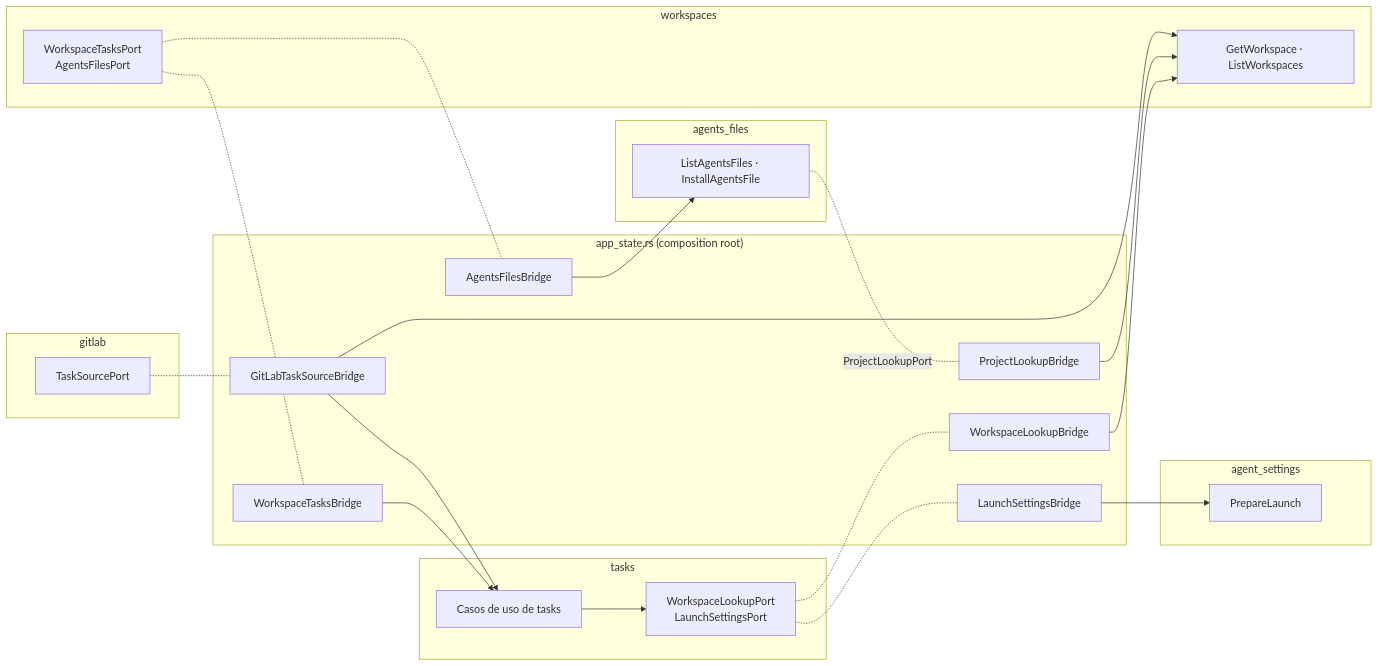
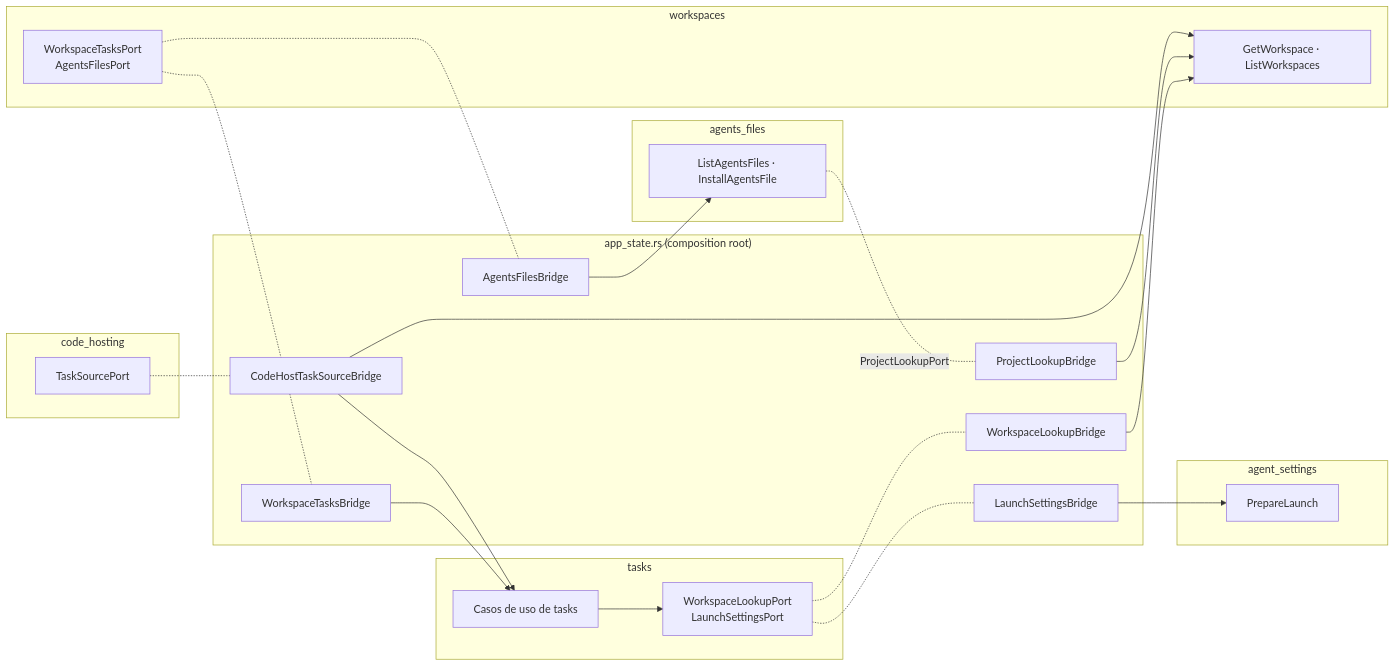
The sixth of 12 diagrams in ARCHITECTURE.md (plopezm/iworkflow), drawn with Mermaid before and after one commit. The commit also changed other lines of this file and 12 other files, not shown here.

Commit message:
feat(code-hosting): provider-aware settings cards, PR/MR panel vocabulary and docs

````diff
--- a/ARCHITECTURE.md
+++ b/ARCHITECTURE.md
@@ -356,34 +356,34 @@
 ```mermaid
 flowchart LR
     subgraph tasks
         TUC[Casos de uso de tasks] --> WLP["WorkspaceLookupPort<br/>LaunchSettingsPort"]
     end
     subgraph workspaces
         WUC[GetWorkspace · ListWorkspaces]
         WTP["WorkspaceTasksPort<br/>AgentsFilesPort"]
     end
     subgraph agent_settings
         PL[PrepareLaunch]
     end
     subgraph agents_files
         AF[ListAgentsFiles · InstallAgentsFile]
     end
-    subgraph gitlab
+    subgraph code_hosting
         GL["TaskSourcePort"]
     end
     subgraph "app_state.rs (composition root)"
         B1[WorkspaceLookupBridge]
         B2[LaunchSettingsBridge]
         B3[WorkspaceTasksBridge]
         B4[AgentsFilesBridge]
         B5[ProjectLookupBridge]
-        B6[GitLabTaskSourceBridge]
+        B6[CodeHostTaskSourceBridge]
     end
     WLP -.- B1 --> WUC
     WLP -.- B2 --> PL
     WTP -.- B3 --> TUC
     WTP -.- B4 --> AF
     AF -. ProjectLookupPort .- B5 --> WUC
     GL -.- B6 --> TUC
     B6 --> WUC
 ```
````
